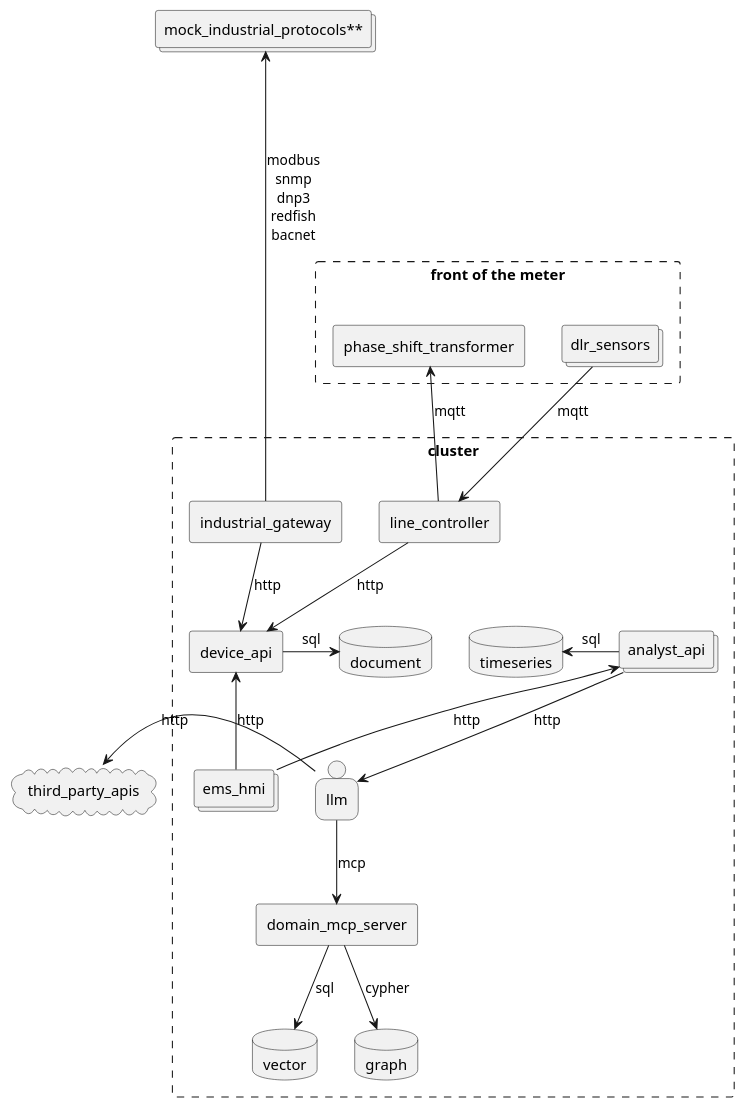
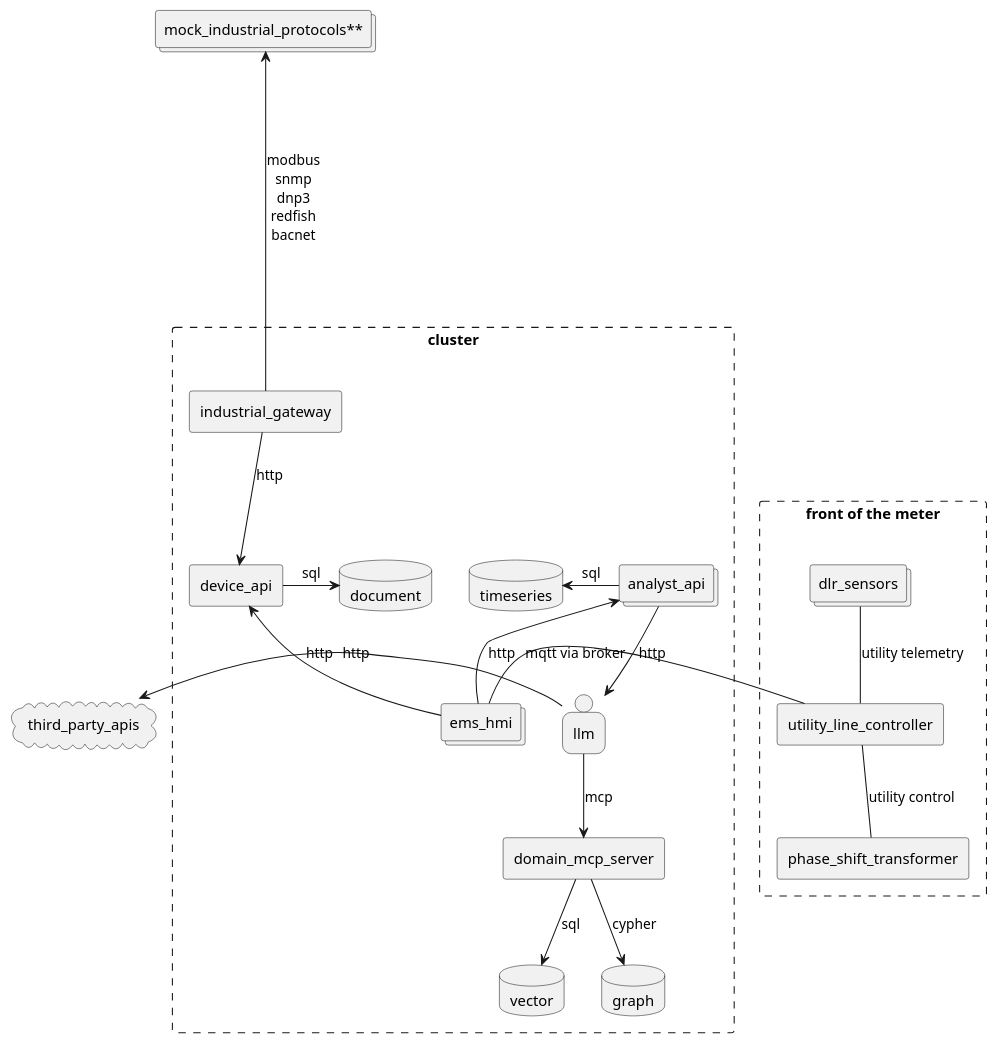
One commit to arcnode-io/ems changed the first of 6 diagrams in readme.md. Above: the diagram before and after it, drawn with PlantUML. The commit also changed other lines of this file and 2 other files, not shown here.

````diff
--- a/readme.md
+++ b/readme.md
@@ -28,35 +28,35 @@
 ```plantuml
 collections "mock_industrial_protocols**" as mock_industrial_protocols
 rectangle  "front of the meter" #line.dashed {
   collections dlr_sensors
+  rectangle utility_line_controller
   rectangle phase_shift_transformer
 }
 cloud third_party_apis
 rectangle cluster #line.dashed {
     rectangle industrial_gateway
-    rectangle line_controller
     rectangle device_api
     database timeseries
     database vector
     database graph
     collections analyst_api
     database document
     collections ems_hmi
     person llm
     rectangle domain_mcp_server
 }
-dlr_sensors -d-> line_controller: mqtt
-line_controller -u-> phase_shift_transformer: mqtt
+dlr_sensors -d- utility_line_controller: utility telemetry
+utility_line_controller -- phase_shift_transformer: utility control
+utility_line_controller -r- ems_hmi: mqtt via broker
 industrial_gateway -u---> mock_industrial_protocols: modbus\nsnmp\ndnp3\nredfish\nbacnet
-line_controller -d-> device_api: http
-industrial_gateway -d-> device_api: http
+industrial_gateway --> device_api: http
 ems_hmi -u-> device_api: http
 device_api -r-> document: sql
 analyst_api -l-> timeseries: sql
 llm -d-> domain_mcp_server: mcp
 domain_mcp_server -d-> vector: sql
 domain_mcp_server -d-> graph: cypher
 ems_hmi -u-> analyst_api: http
 analyst_api -d-> llm: http
 llm -l-> third_party_apis: http
 ```
````
